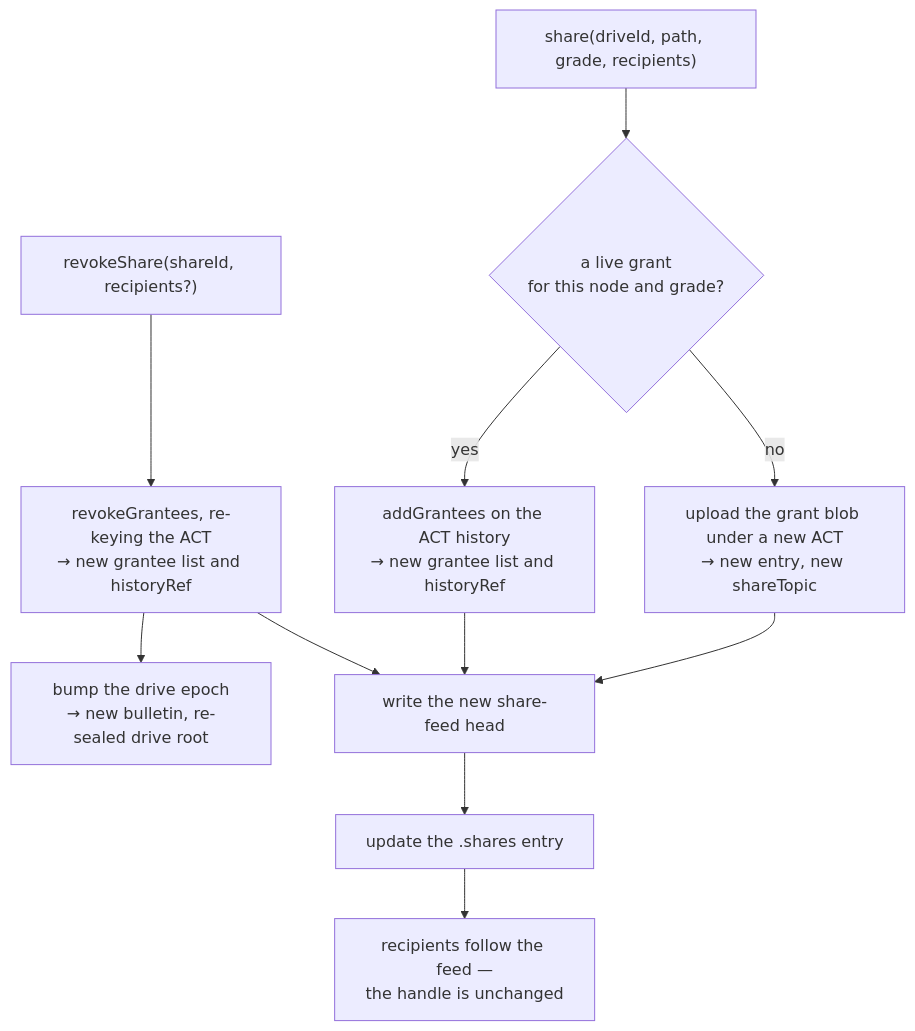
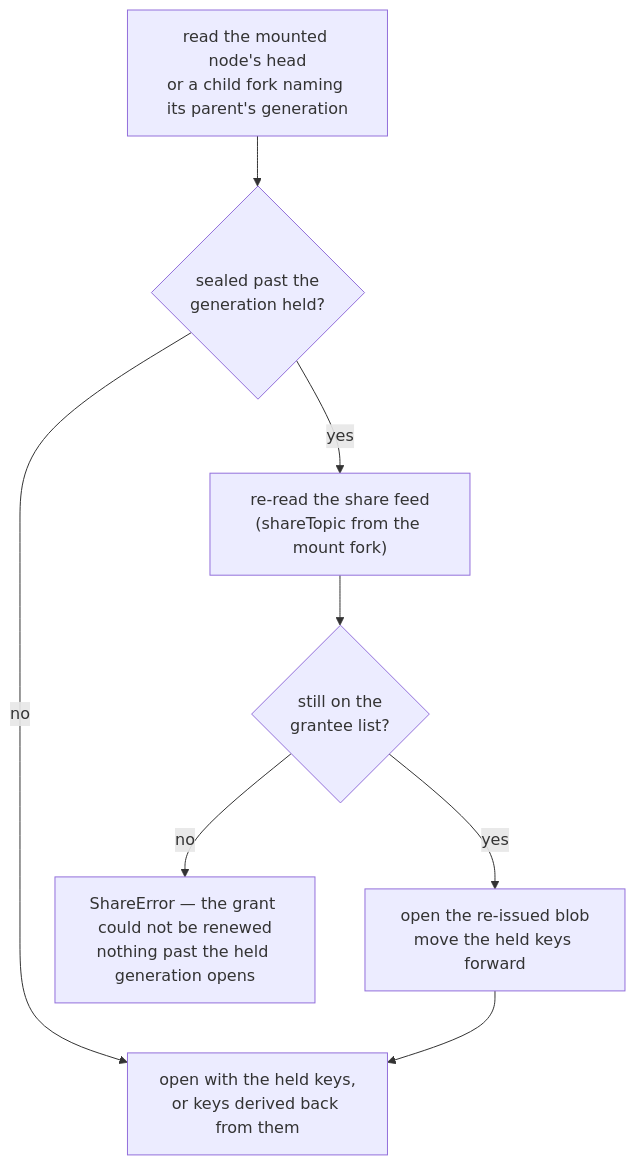
The fourth of 6 diagrams in docs/ACCESS_CONTROL.md (Solar-Punk-Ltd/file-manager-lib), drawn with Mermaid before and after one commit. The commit also changed other lines of this file and 21 other files, not shown here.

Commit message:
feat: revoke rework with node keychain rotations and tests

````diff
--- a/docs/ACCESS_CONTROL.md
+++ b/docs/ACCESS_CONTROL.md
@@ -308,13 +318,10 @@
 ```mermaid
 flowchart TD
-    A["share(driveId, path, grade, recipients)"] --> B{"a live grant<br/>for this node and grade?"}
-    B -- no --> M["upload the grant blob under a new ACT<br/>→ new entry, new shareTopic"]
-    B -- yes --> C["addGrantees on the ACT history<br/>→ new grantee list and historyRef"]
-    R["revokeShare(shareId, recipients?)"] --> C2["revokeGrantees, re-keying the ACT<br/>→ new grantee list and historyRef"]
-    C2 --> C3["bump the drive epoch<br/>→ new bulletin, re-sealed drive root"]
-    M --> D["write the new share-feed head"]
-    C --> D
-    C2 --> D
-    D --> E["update the .shares entry"]
-    E --> F["recipients follow the feed —<br/>the handle is unchanged"]
+    A["read the mounted node's head<br/>or a child fork naming its parent's generation"] --> B{"sealed past the<br/>generation held?"}
+    B -- no --> OK["open with the held keys,<br/>or keys derived back from them"]
+    B -- yes --> C["re-read the share feed<br/>(shareTopic from the mount fork)"]
+    C --> D{"still on the<br/>grantee list?"}
+    D -- yes --> E["open the re-issued blob<br/>move the held keys forward"]
+    E --> OK
+    D -- no --> X["ShareError — the grant could not be renewed<br/>nothing past the held generation opens"]
 ```
````
